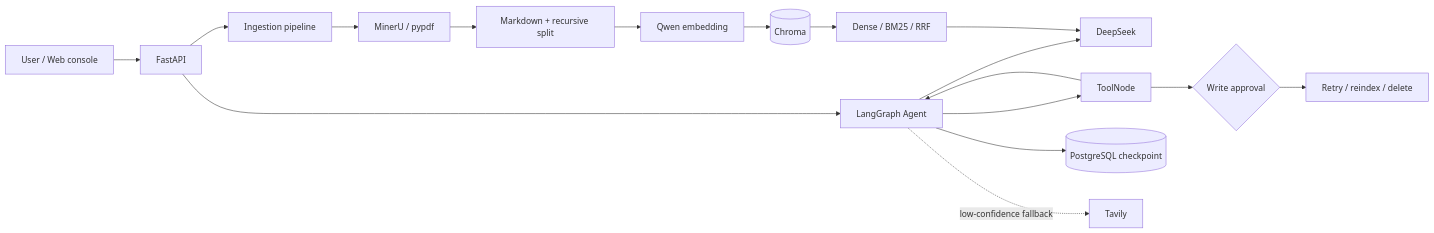
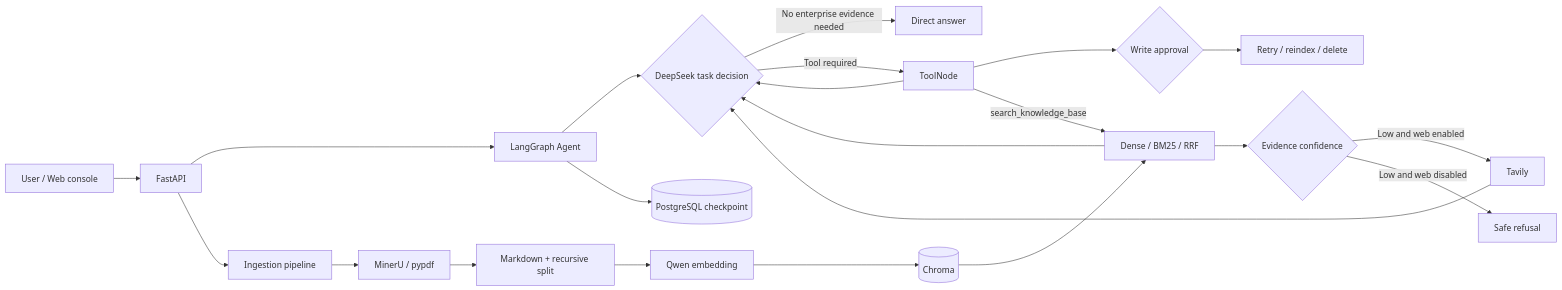
The diagram in README.en.md (LutxOVO/enterprise-rag-agent), drawn with Mermaid before and after one commit. The commit also changed other lines of this file and 14 other files, not shown here.

````diff
--- a/README.en.md
+++ b/README.en.md
@@ -23,19 +23,24 @@
 ```mermaid
 flowchart LR
     USER[User / Web console] --> API[FastAPI]
     API --> AGENT[LangGraph Agent]
-    AGENT --> MODEL[DeepSeek]
-    AGENT --> TOOLS[ToolNode]
-    TOOLS --> AGENT
+    AGENT --> MODEL{DeepSeek task decision}
+    MODEL -->|No enterprise evidence needed| DIRECT[Direct answer]
+    MODEL -->|Tool required| TOOLS[ToolNode]
+    TOOLS --> MODEL
     TOOLS --> APPROVAL{Write approval}
     APPROVAL --> EFFECT[Retry / reindex / delete]
+    TOOLS -->|search_knowledge_base| RETRIEVE[Dense / BM25 / RRF]
+    RETRIEVE --> MODEL
+    RETRIEVE --> CONF{Evidence confidence}
+    CONF -->|Low and web enabled| WEB[Tavily]
+    WEB --> MODEL
+    CONF -->|Low and web disabled| REFUSE[Safe refusal]
     AGENT --> CHECKPOINT[(PostgreSQL checkpoint)]
     API --> INGEST[Ingestion pipeline]
     INGEST --> PARSE[MinerU / pypdf]
     PARSE --> SPLIT[Markdown + recursive split]
     SPLIT --> EMB[Qwen embedding]
     EMB --> CHROMA[(Chroma)]
-    CHROMA --> RETRIEVE[Dense / BM25 / RRF]
-    RETRIEVE --> MODEL
-    AGENT -. low-confidence fallback .-> WEB[Tavily]
+    CHROMA --> RETRIEVE
 ```
````
